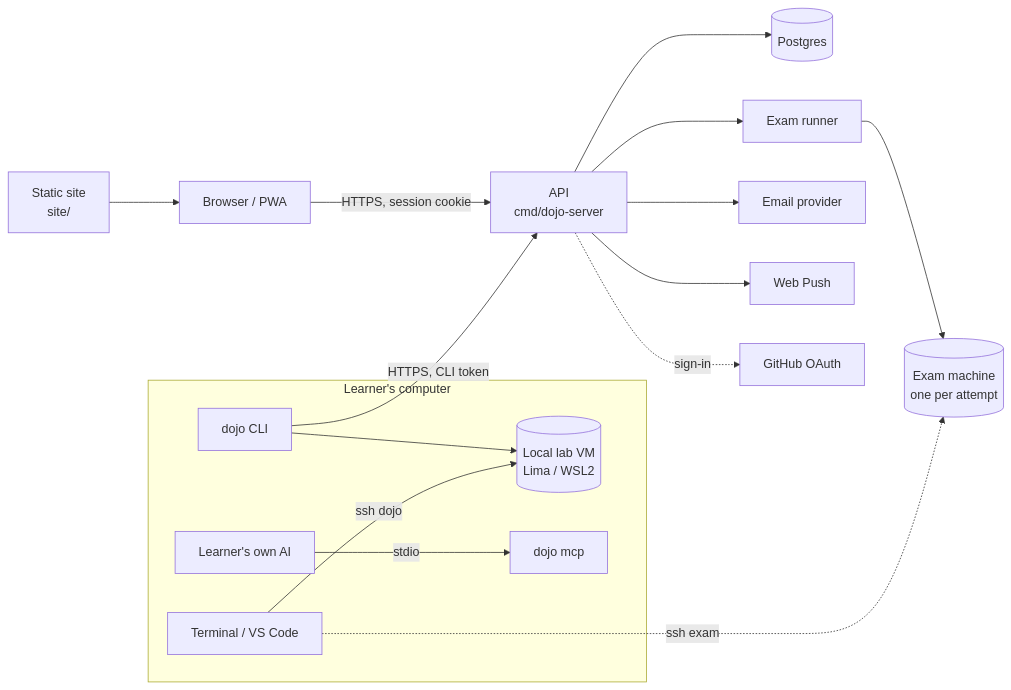
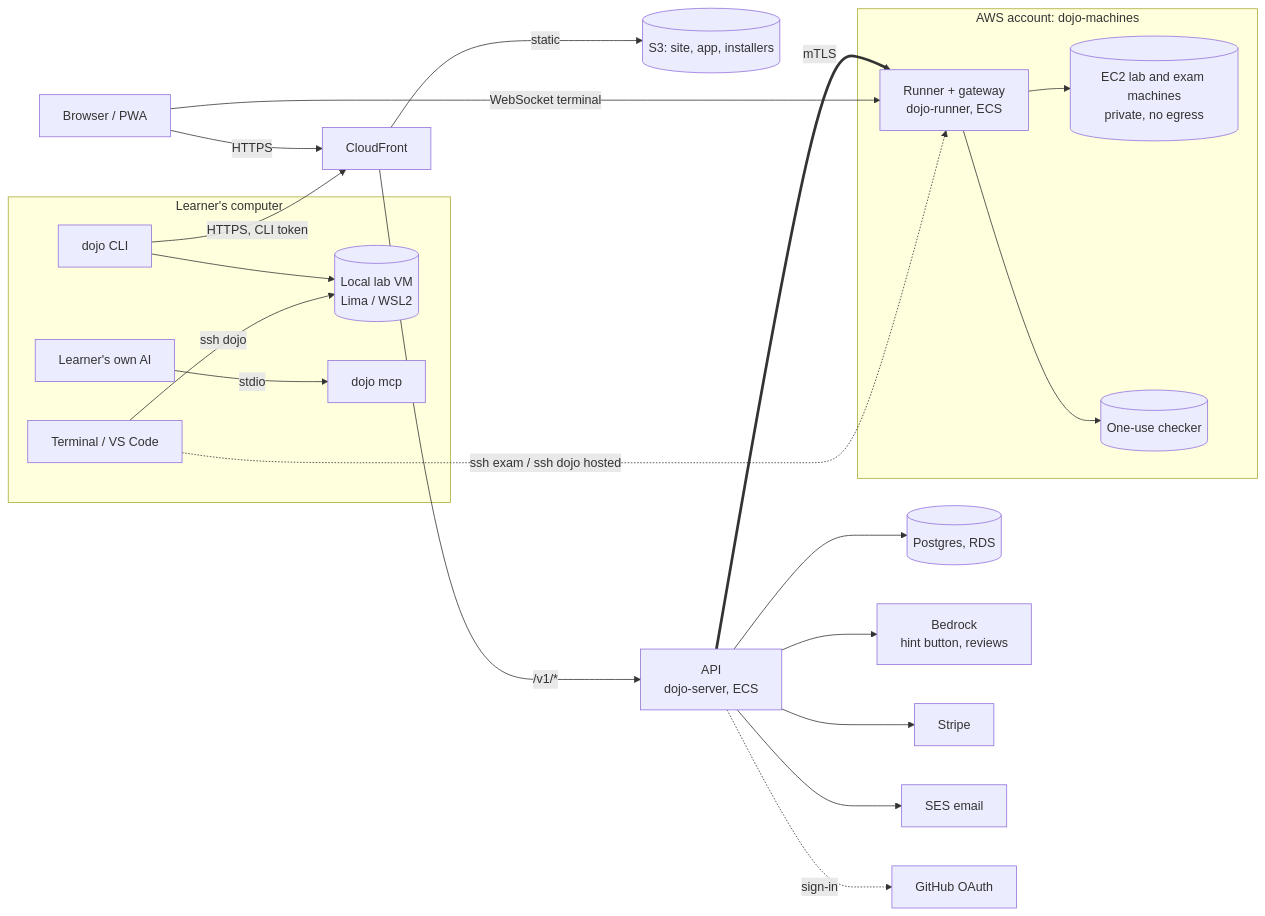
The first of 2 diagrams in docs/technical-design.md (kibanbuild/dojo), drawn with Mermaid before and after one commit. The commit also changed other lines of this file and 2 other files, not shown here.

````diff
--- a/docs/technical-design.md
+++ b/docs/technical-design.md
@@ -13,18 +36,24 @@
 ```mermaid
 flowchart LR
   subgraph laptop[Learner's computer]
     cli[dojo CLI] --> lab[(Local lab VM<br/>Lima / WSL2)]
     ai[Learner's own AI] -- stdio --> mcp[dojo mcp]
     term[Terminal / VS Code] -- ssh dojo --> lab
   end
-  browser[Browser / PWA] -->|HTTPS, session cookie| api
-  site[Static site<br/>site/] --> browser
-  cli -->|HTTPS, CLI token| api[API<br/>cmd/dojo-server]
-  api --> db[(Postgres)]
-  api --> runner[Exam runner]
-  runner --> exam[(Exam machine<br/>one per attempt)]
-  term -. ssh exam .-> exam
-  api --> mail[Email provider]
-  api --> push[Web Push]
+  browser[Browser / PWA] -->|HTTPS| cf[CloudFront]
+  cli -->|HTTPS, CLI token| cf
+  cf -->|static| s3[(S3: site, app, installers)]
+  cf -->|/v1/*| api[API<br/>dojo-server, ECS]
+  api --> db[(Postgres, RDS)]
+  api --> bedrock[Bedrock<br/>hint button, reviews]
+  api --> stripe[Stripe]
+  api --> ses[SES email]
   api -. sign-in .-> gh[GitHub OAuth]
+  api == mTLS ==> runner
+  subgraph machines[AWS account: dojo-machines]
+    runner[Runner + gateway<br/>dojo-runner, ECS] --> ec2[(EC2 lab and exam machines<br/>private, no egress)]
+    runner --> checker[(One-use checker)]
+  end
+  browser -- WebSocket terminal --> runner
+  term -. ssh exam / ssh dojo hosted .-> runner
 ```
````
